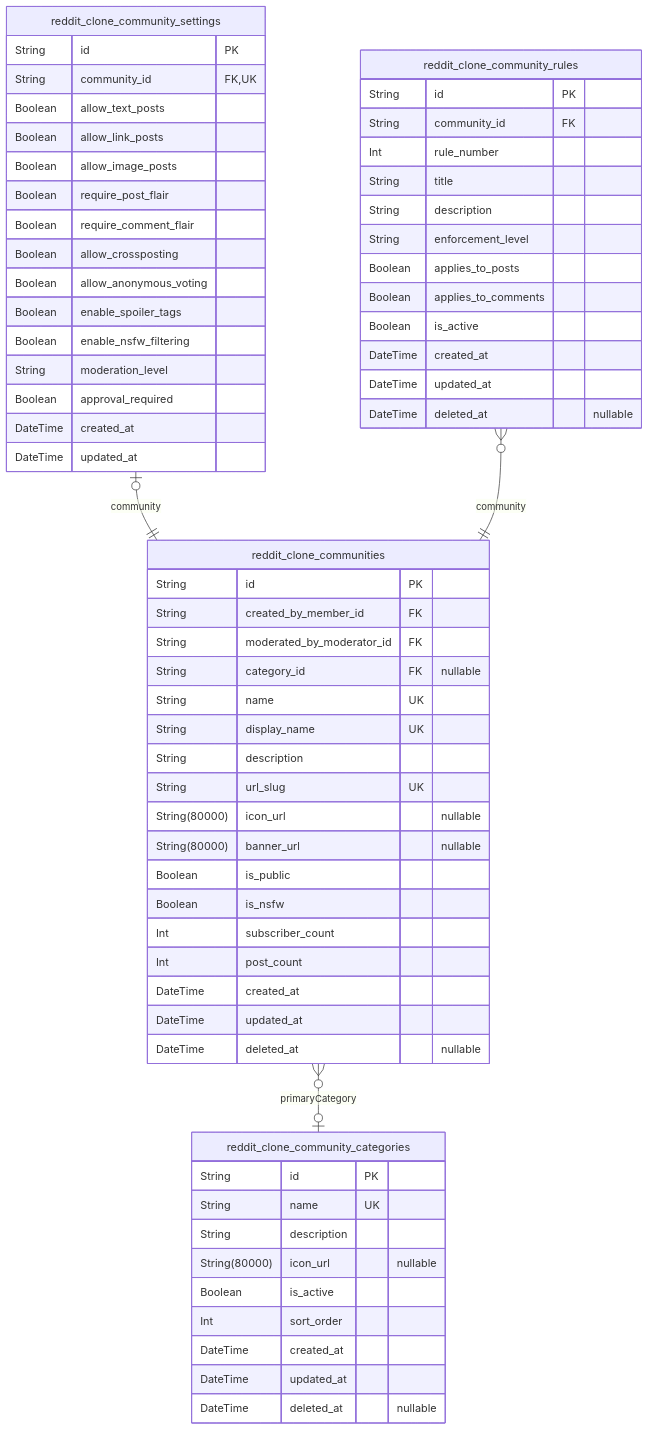
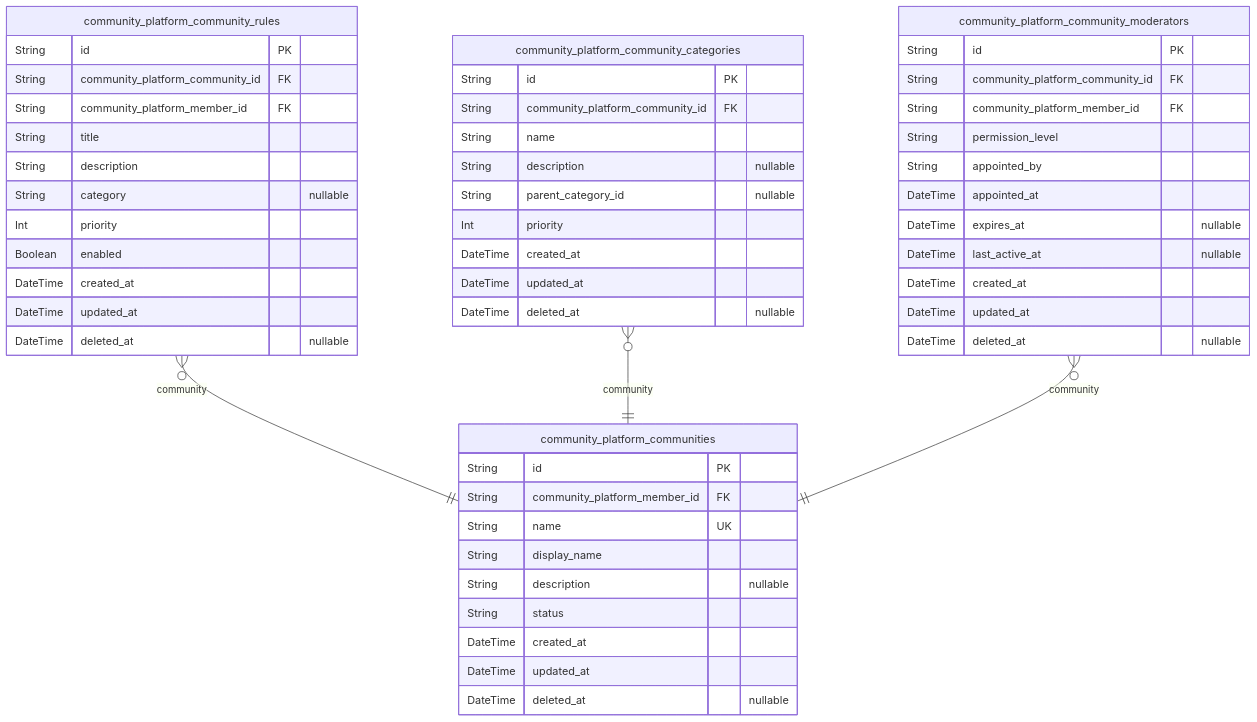
Before and after one commit to wrtnlabs/autobe-examples: the third of 10 diagrams in deepseek/deepseek-v3.1-terminus-exacto/reddit/docs/ERD.md, drawn with Mermaid. The commit also changed other lines of this file and 22498 other files, not shown here.

````diff
--- a/deepseek/deepseek-v3.1-terminus-exacto/reddit/docs/ERD.md
+++ b/deepseek/deepseek-v3.1-terminus-exacto/reddit/docs/ERD.md
@@ -338,67 +466,54 @@
 ```mermaid
 erDiagram
-"reddit_clone_communities" {
+"community_platform_communities" {
   String id PK
-  String created_by_member_id FK
-  String moderated_by_moderator_id FK
-  String category_id FK "nullable"
+  String community_platform_member_id FK
   String name UK
-  String display_name UK
-  String description
-  String url_slug UK
-  String(80000) icon_url "nullable"
-  String(80000) banner_url "nullable"
-  Boolean is_public
-  Boolean is_nsfw
-  Int subscriber_count
-  Int post_count
+  String display_name
+  String description "nullable"
+  String status
   DateTime created_at
   DateTime updated_at
   DateTime deleted_at "nullable"
 }
-"reddit_clone_community_settings" {
+"community_platform_community_rules" {
   String id PK
-  String community_id FK,UK
-  Boolean allow_text_posts
-  Boolean allow_link_posts
-  Boolean allow_image_posts
-  Boolean require_post_flair
-  Boolean require_comment_flair
-  Boolean allow_crossposting
-  Boolean allow_anonymous_voting
-  Boolean enable_spoiler_tags
-  Boolean enable_nsfw_filtering
-  String moderation_level
-  Boolean approval_required
-  DateTime created_at
-  DateTime updated_at
-}
-"reddit_clone_community_rules" {
-  String id PK
-  String community_id FK
-  Int rule_number
+  String community_platform_community_id FK
+  String community_platform_member_id FK
   String title
   String description
-  String enforcement_level
-  Boolean applies_to_posts
-  Boolean applies_to_comments
-  Boolean is_active
+  String category "nullable"
+  Int priority
+  Boolean enabled
   DateTime created_at
   DateTime updated_at
   DateTime deleted_at "nullable"
 }
-"reddit_clone_community_categories" {
+"community_platform_community_categories" {
   String id PK
-  String name UK
-  String description
-  String(80000) icon_url "nullable"
-  Boolean is_active
-  Int sort_order
+  String community_platform_community_id FK
+  String name
+  String description "nullable"
+  String parent_category_id "nullable"
+  Int priority
   DateTime created_at
   DateTime updated_at
   DateTime deleted_at "nullable"
 }
-"reddit_clone_communities" }o--o| "reddit_clone_community_categories" : primaryCategory
-"reddit_clone_community_settings" |o--|| "reddit_clone_communities" : community
-"reddit_clone_community_rules" }o--|| "reddit_clone_communities" : community
+"community_platform_community_moderators" {
+  String id PK
+  String community_platform_community_id FK
+  String community_platform_member_id FK
+  String permission_level
+  String appointed_by
+  DateTime appointed_at
+  DateTime expires_at "nullable"
+  DateTime last_active_at "nullable"
+  DateTime created_at
+  DateTime updated_at
+  DateTime deleted_at "nullable"
+}
+"community_platform_community_rules" }o--|| "community_platform_communities" : community
+"community_platform_community_categories" }o--|| "community_platform_communities" : community
+"community_platform_community_moderators" }o--|| "community_platform_communities" : community
 ```
````
